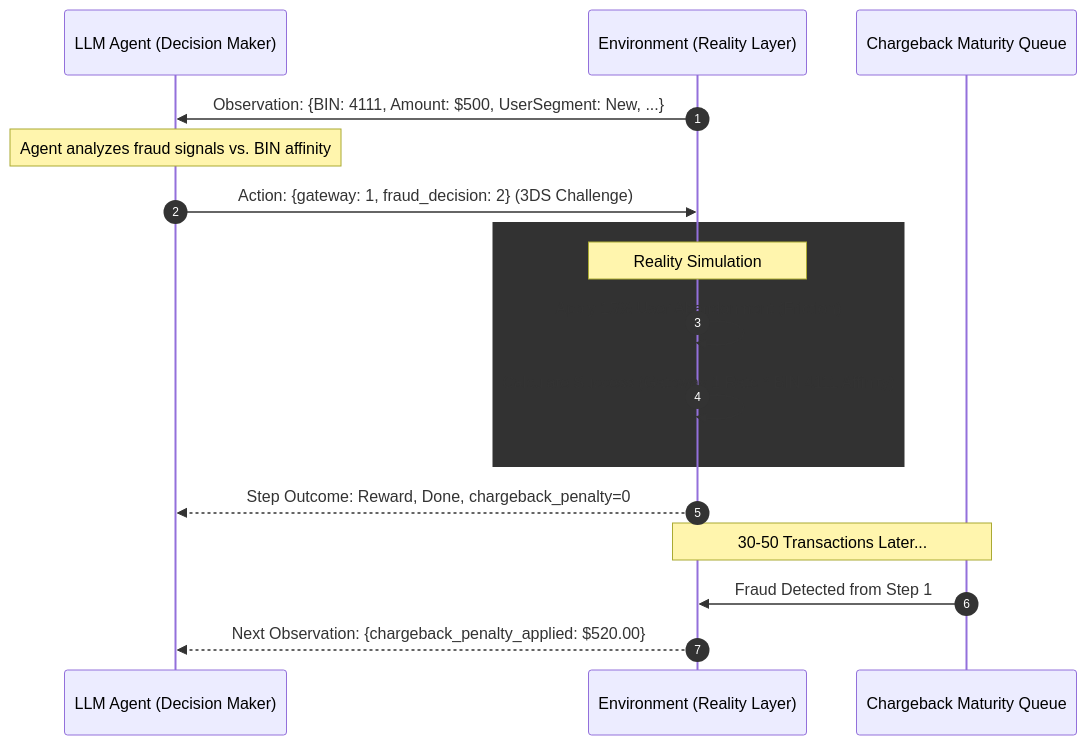
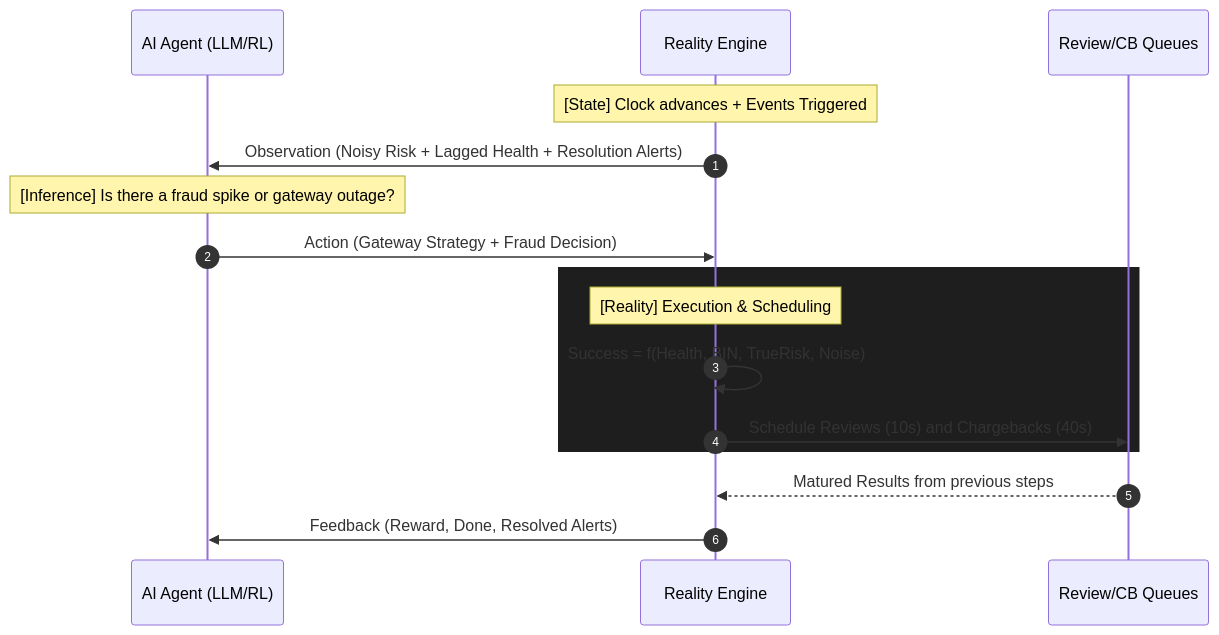
Before and after one commit to pratap-nitjsr/SmartPayEnv: the second of 2 diagrams in README.md, drawn with Mermaid. The commit also changed other lines of this file and 11 other files, not shown here.

````diff
--- a/README.md
+++ b/README.md
@@ -78,24 +78,22 @@
 ```mermaid
 sequenceDiagram
     autonumber
-    participant LLM as LLM Agent (Decision Maker)
-    participant Env as Environment (Reality Layer)
-    participant CB as Chargeback Maturity Queue
+    participant Agent as AI Agent (LLM/RL)
+    participant Env as Reality Engine
+    participant Queue as Review/CB Queues
 
-    Env->>LLM: Observation: {BIN: 4111, Amount: $500, UserSegment: New, ...}
+    Note over Env: [State] Clock advances + Events Triggered
+    Env->>Agent: Observation (Noisy Risk + Lagged Health + Resolution Alerts)
     
-    Note over LLM: Agent analyzes fraud signals vs. BIN affinity
-    LLM->>Env: Action: {gateway: 1, fraud_decision: 2} (3DS Challenge)
-    
-    rect rgb(50, 50, 50)
-    Note over Env: Reality Simulation
-    Env->>Env: Apply 15% User Abandonment (Friction)
-    Env->>Env: Calculate Success (Gateway 1 Rate * BIN 4111 Affinity)
+    Note over Agent: [Inference] Is there a fraud spike or gateway outage?
+    Agent->>Env: Action (Gateway Strategy + Fraud Decision)
+
+    rect rgb(30, 30, 30)
+        Note over Env: [Reality] Execution & Scheduling
+        Env->>Env: Success = f(Health, BIN, TrueRisk, Noise)
+        Env->>Queue: Schedule Reviews (10s) and Chargebacks (40s)
     end
 
-    Env-->>LLM: Step Outcome: Reward, Done, chargeback_penalty=0
-    
-    Note over Env,CB: 30-50 Transactions Later...
-    CB->>Env: Fraud Detected from Step 1
-    Env-->>LLM: Next Observation: {chargeback_penalty_applied: $520.00}
+    Queue-->>Env: Matured Results from previous steps
+    Env->>Agent: Feedback (Reward, Done, Resolved Alerts)
 ```
````
